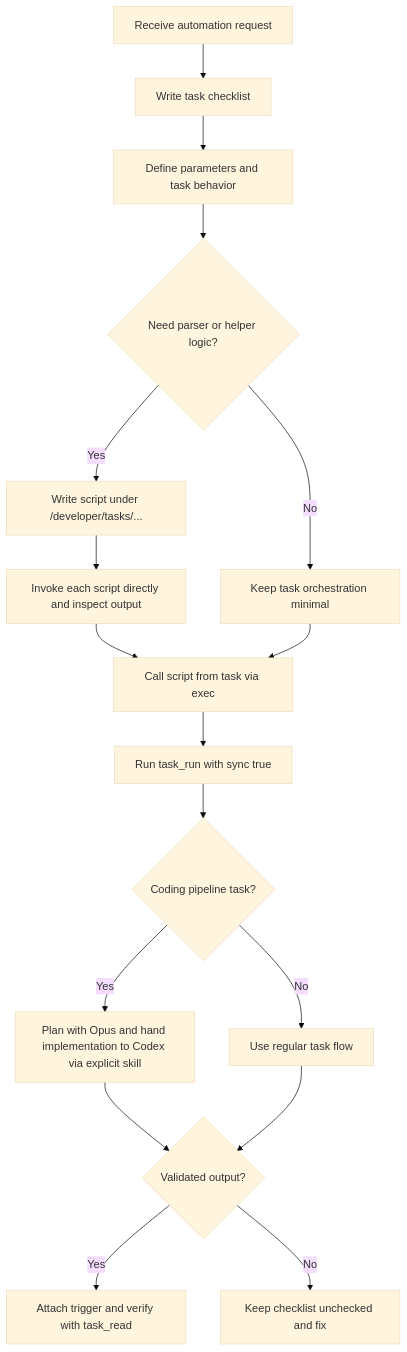
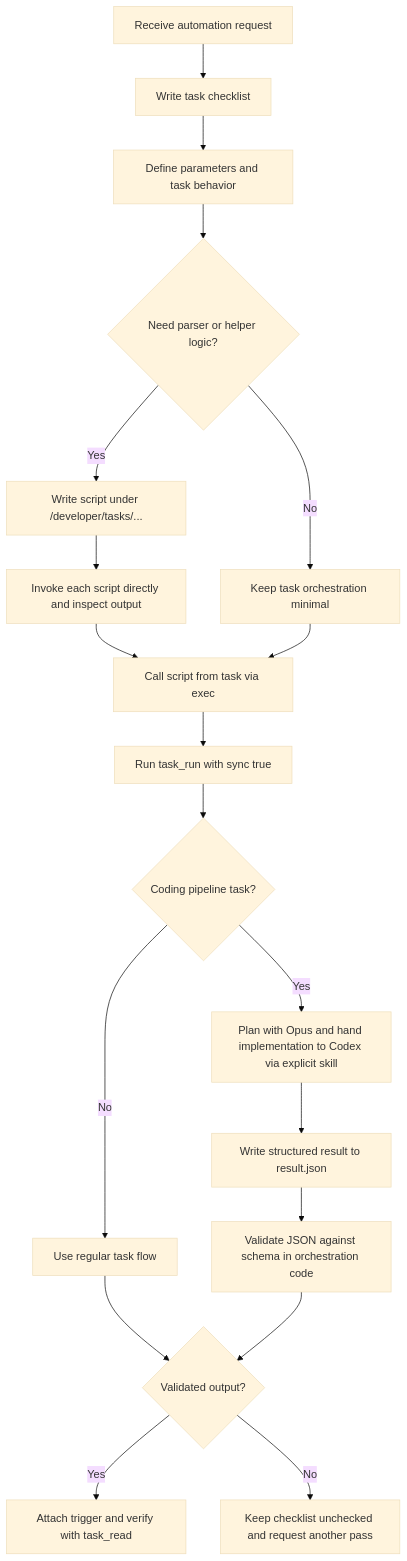
The diagram in doc/task-creation-skill.md (ex3ndr/daycare), drawn with Mermaid (base theme) before and after one commit. The commit also changed other lines of this file and 1 other file, not shown here.

Commit message:
docs: add json handoff guidance

````diff
--- a/doc/task-creation-skill.md
+++ b/doc/task-creation-skill.md
@@ -20,19 +21,21 @@
 ```mermaid
 flowchart TD
     A[Receive automation request] --> B[Write task checklist]
     B --> C[Define parameters and task behavior]
     C --> D{Need parser or helper logic?}
     D -- Yes --> E[Write script under /developer/tasks/...]
     D -- No --> F[Keep task orchestration minimal]
     E --> G[Invoke each script directly and inspect output]
     G --> H[Call script from task via exec]
     F --> H
     H --> I[Run task_run with sync true]
     I --> J{Coding pipeline task?}
     J -- Yes --> K[Plan with Opus and hand implementation to Codex via explicit skill]
     J -- No --> L[Use regular task flow]
-    K --> M{Validated output?}
-    L --> M
-    M -- Yes --> N[Attach trigger and verify with task_read]
-    M -- No --> O[Keep checklist unchecked and fix]
+    K --> M[Write structured result to result.json]
+    M --> N[Validate JSON against schema in orchestration code]
+    L --> O{Validated output?}
+    N --> O
+    O -- Yes --> P[Attach trigger and verify with task_read]
+    O -- No --> Q[Keep checklist unchecked and request another pass]
 ```
````
